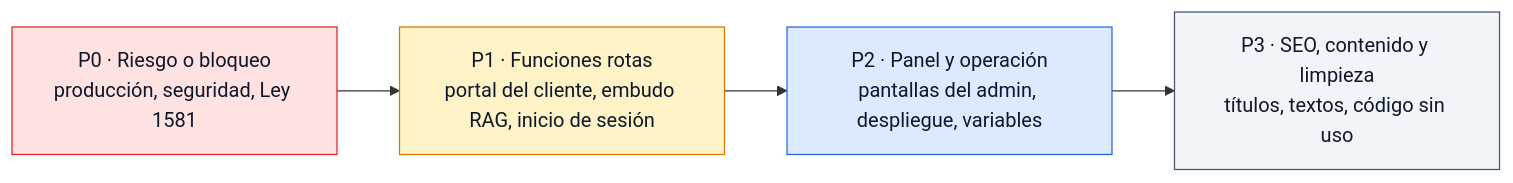
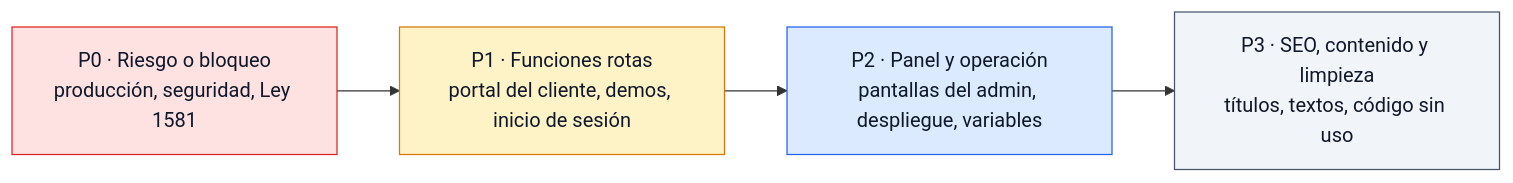
The diagram in docs/wiki/16-Correcciones-Pendientes.md (ronalc90/koptup), drawn with Mermaid before and after one commit. The commit also changed other lines of this file and 92 other files, not shown here.

````diff
--- a/docs/wiki/16-Correcciones-Pendientes.md
+++ b/docs/wiki/16-Correcciones-Pendientes.md
@@ -13,13 +13,13 @@
 ```mermaid
 flowchart LR
     classDef error fill:#fee2e2,stroke:#dc2626,color:#0f172a
     classDef decision fill:#fef3c7,stroke:#d97706,color:#0f172a
     classDef visitante fill:#dbeafe,stroke:#2563eb,color:#0f172a
     classDef sistema fill:#f1f5f9,stroke:#475569,color:#0f172a
 
     P0["P0 · Riesgo o bloqueo<br/>producción, seguridad, Ley 1581"]:::error
-    P1["P1 · Funciones rotas<br/>portal del cliente, embudo RAG, inicio de sesión"]:::decision
+    P1["P1 · Funciones rotas<br/>portal del cliente, demos, inicio de sesión"]:::decision
     P2["P2 · Panel y operación<br/>pantallas del admin, despliegue, variables"]:::visitante
     P3["P3 · SEO, contenido y limpieza<br/>títulos, textos, código sin uso"]:::sistema
     P0 --> P1 --> P2 --> P3
 ```
````
